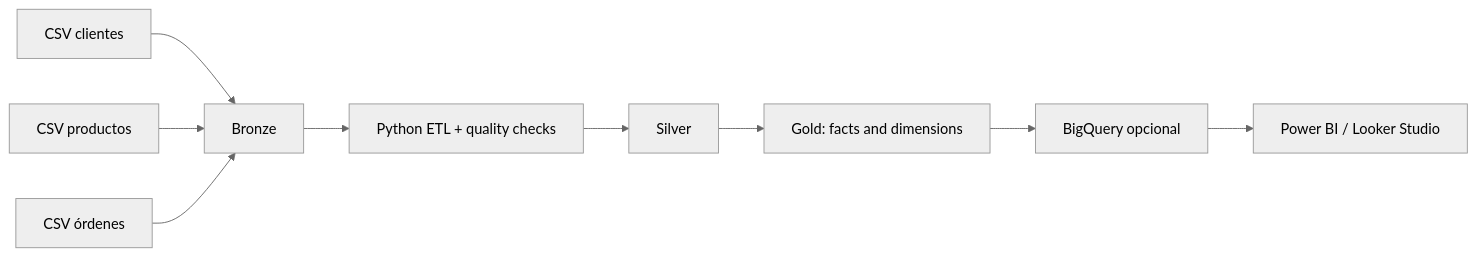
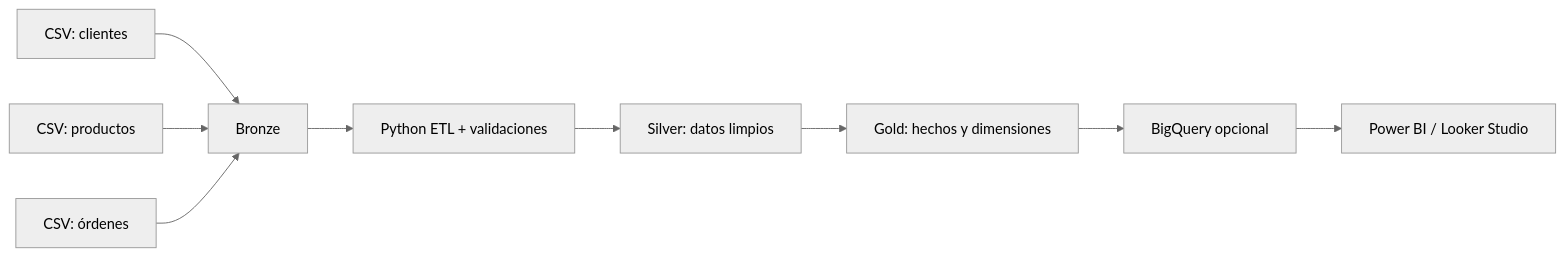
One commit to pativox/data-engineering-gcp-medallion changed the diagram in README.md. Above: the diagram before and after it, drawn with Mermaid (neutral theme). The commit also changed other lines of this file and 13 other files, not shown here.

````diff
--- a/README.md
+++ b/README.md
@@ -7,11 +13,11 @@
 ```mermaid
 flowchart LR
- A[CSV clientes] --> B[Bronze]
- C[CSV productos] --> B
- D[CSV órdenes] --> B
- B --> E[Python ETL + quality checks]
- E --> F[Silver]
- F --> G[Gold: facts and dimensions]
- G --> H[BigQuery opcional]
- H --> I[Power BI / Looker Studio]
+  A[CSV: clientes] --> B[Bronze]
+  C[CSV: productos] --> B
+  D[CSV: órdenes] --> B
+  B --> E[Python ETL + validaciones]
+  E --> F[Silver: datos limpios]
+  F --> G[Gold: hechos y dimensiones]
+  G --> H[BigQuery opcional]
+  H --> I[Power BI / Looker Studio]
 ```
````
